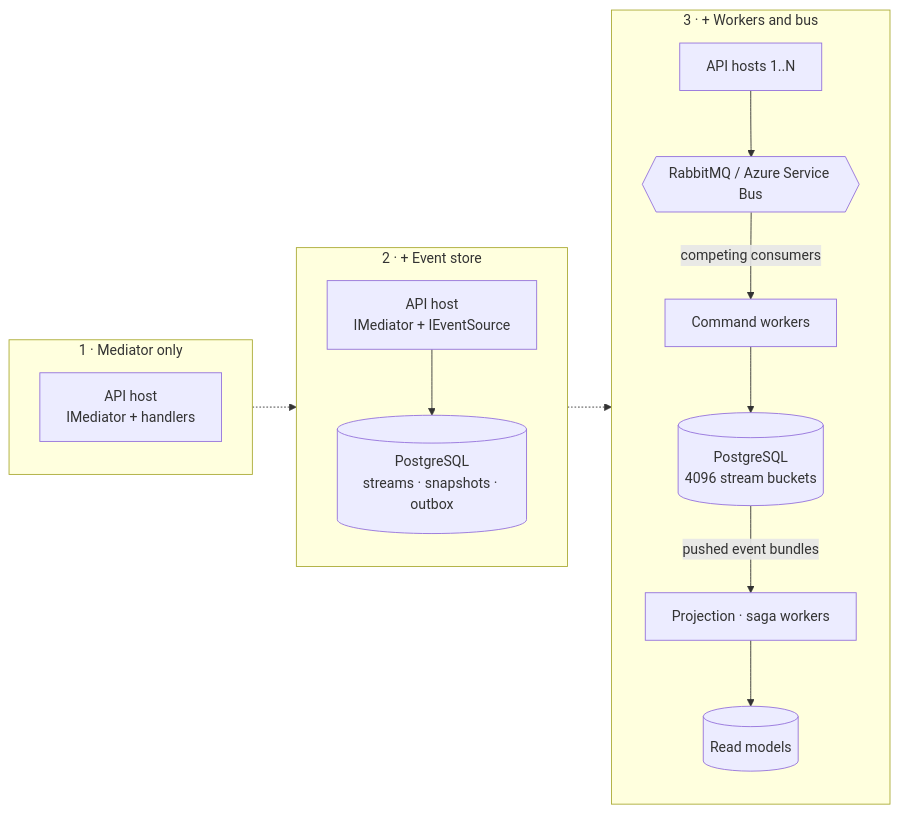
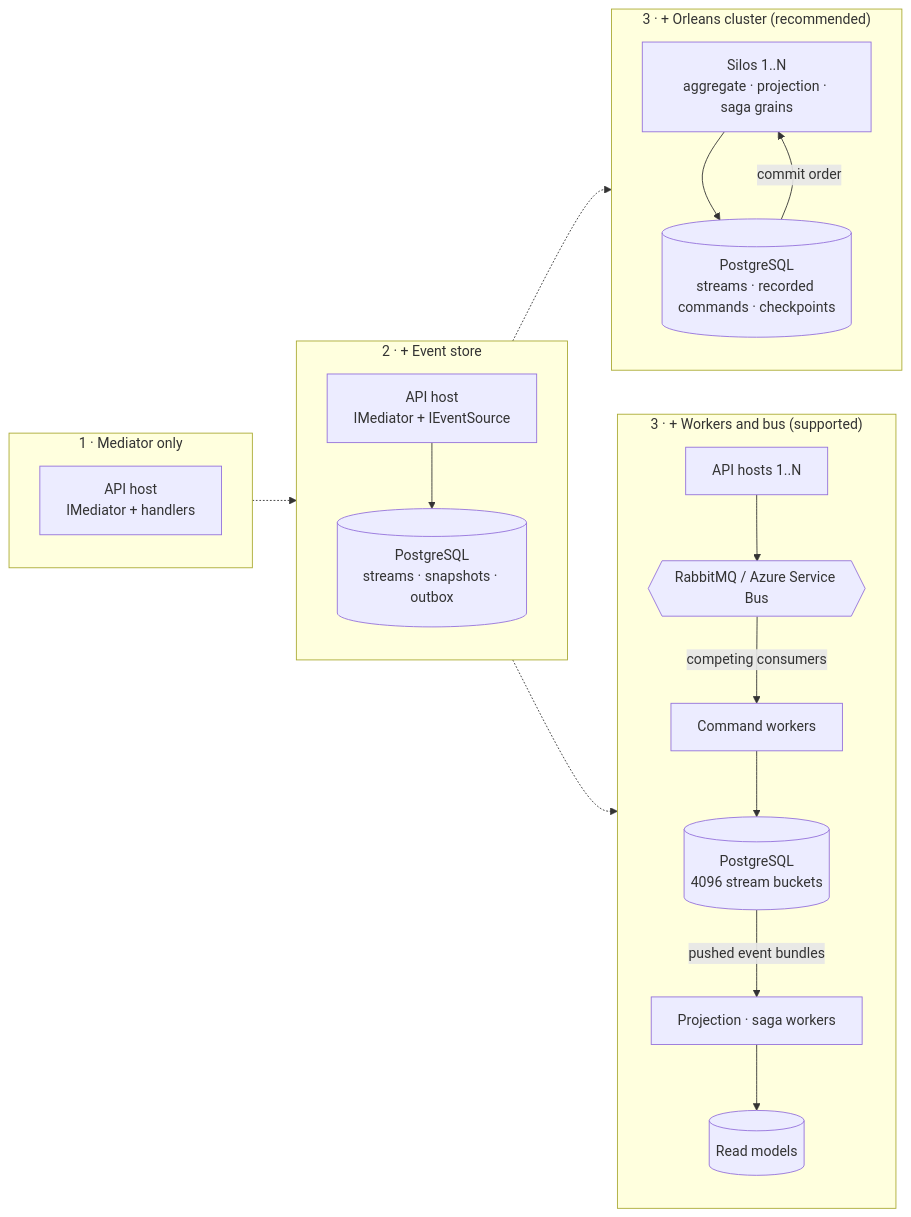
One commit to yesbert/Stratara changed the diagram in README.md. Above: the diagram before and after it, drawn with Mermaid. The commit also changed other lines of this file and 254 other files, not shown here.

````diff
--- a/README.md
+++ b/README.md
@@ -99,17 +123,23 @@
 ```mermaid
 flowchart LR
     subgraph S1["1 · Mediator only"]
         A0["API host<br/>IMediator + handlers"]
     end
     subgraph S2["2 · + Event store"]
         A1["API host<br/>IMediator + IEventSource"] --> DB1[("PostgreSQL<br/>streams · snapshots · outbox")]
     end
-    subgraph S3["3 · + Workers and bus"]
+    subgraph S3["3 · + Orleans cluster (recommended)"]
+        SI["Silos 1..N<br/>aggregate · projection · saga grains"] --> DB3[("PostgreSQL<br/>streams · recorded commands · checkpoints")]
+        DB3 -->|commit order| SI
+    end
+    subgraph S3B["3 · + Workers and bus (supported)"]
         A2["API hosts 1..N"] --> BUS{{"RabbitMQ / Azure Service Bus"}}
         BUS -->|competing consumers| CW["Command workers"]
         CW --> DB2[("PostgreSQL<br/>4096 stream buckets")]
         DB2 -->|pushed event bundles| PW["Projection · saga workers"]
         PW --> RM[("Read models")]
     end
-    S1 -.-> S2 -.-> S3
+    S1 -.-> S2
+    S2 -.-> S3
+    S2 -.-> S3B
 ```
````
